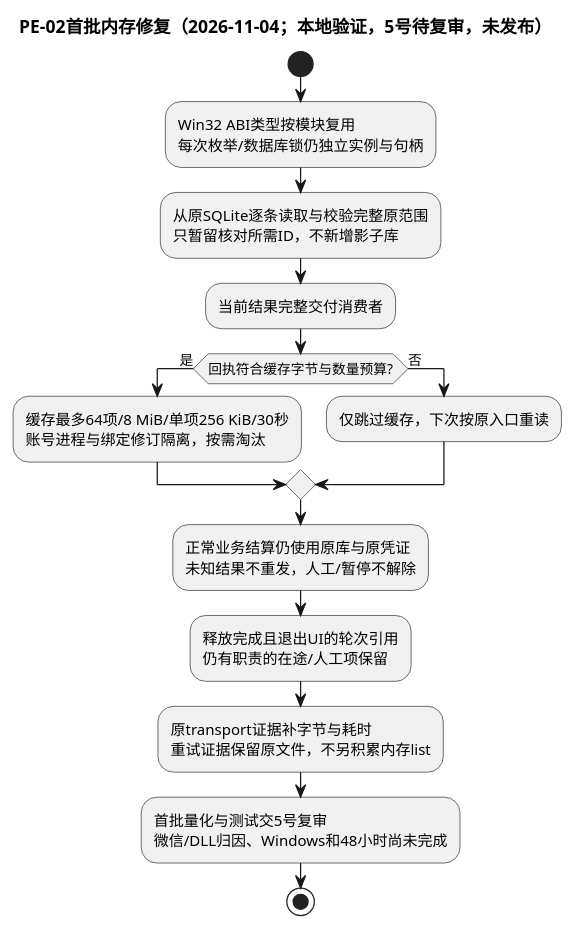
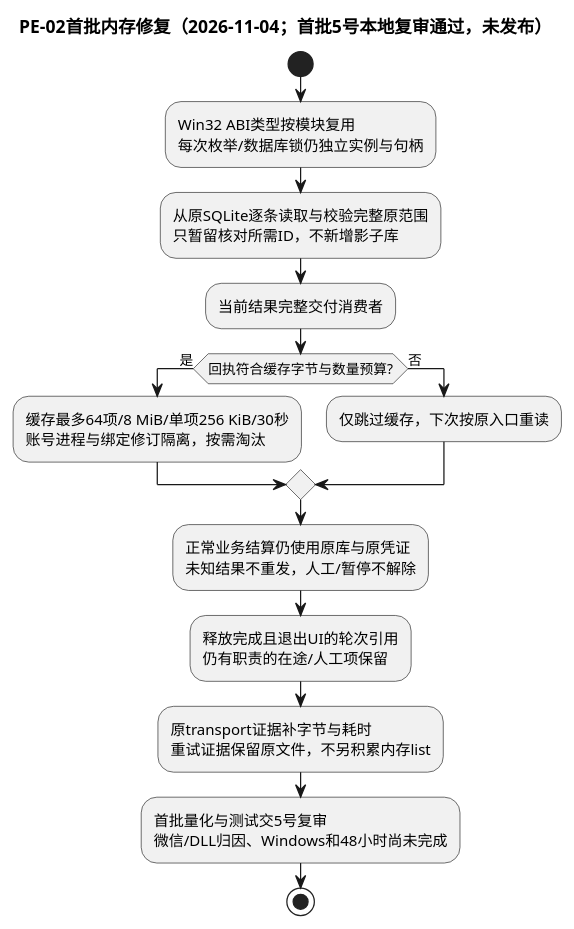
The ninth of 9 diagrams in deliverables/AI智能客服售前跟进系统_全流程图_v0.10.28.puml (edwardzhang0304/chejin-ai-sales), drawn with PlantUML before and after one commit. The commit also changed other lines of this file and 6 other files, not shown here.

```diff
--- a/deliverables/AI智能客服售前跟进系统_全流程图_v0.10.28.puml
+++ b/deliverables/AI智能客服售前跟进系统_全流程图_v0.10.28.puml
@@ -674,25 +674,25 @@
 @startuml PE02_memory_first_batch
 !pragma useVerticalIf on
-title PE-02首批内存修复（2026-11-04；本地验证，5号待复审，未发布）
+title PE-02首批内存修复（2026-11-04；首批5号本地复审通过，未发布）
 start
 :Win32 ABI类型按模块复用
 每次枚举/数据库锁仍独立实例与句柄;
 :从原SQLite逐条读取与校验完整原范围
 只暂留核对所需ID，不新增影子库;
 :当前结果完整交付消费者;
 if (回执符合缓存字节与数量预算?) then (是)
   :缓存最多64项/8 MiB/单项256 KiB/30秒
 账号进程与绑定修订隔离，按需淘汰;
 else (否)
   :仅跳过缓存，下次按原入口重读;
 endif
 :正常业务结算仍使用原库与原凭证
 未知结果不重发，人工/暂停不解除;
 :释放完成且退出UI的轮次引用
 仍有职责的在途/人工项保留;
 :原transport证据补字节与耗时
 重试证据保留原文件，不另积累内存list;
 :首批量化与测试交5号复审
 微信/DLL归因、Windows和48小时尚未完成;
 stop
 @enduml
```
